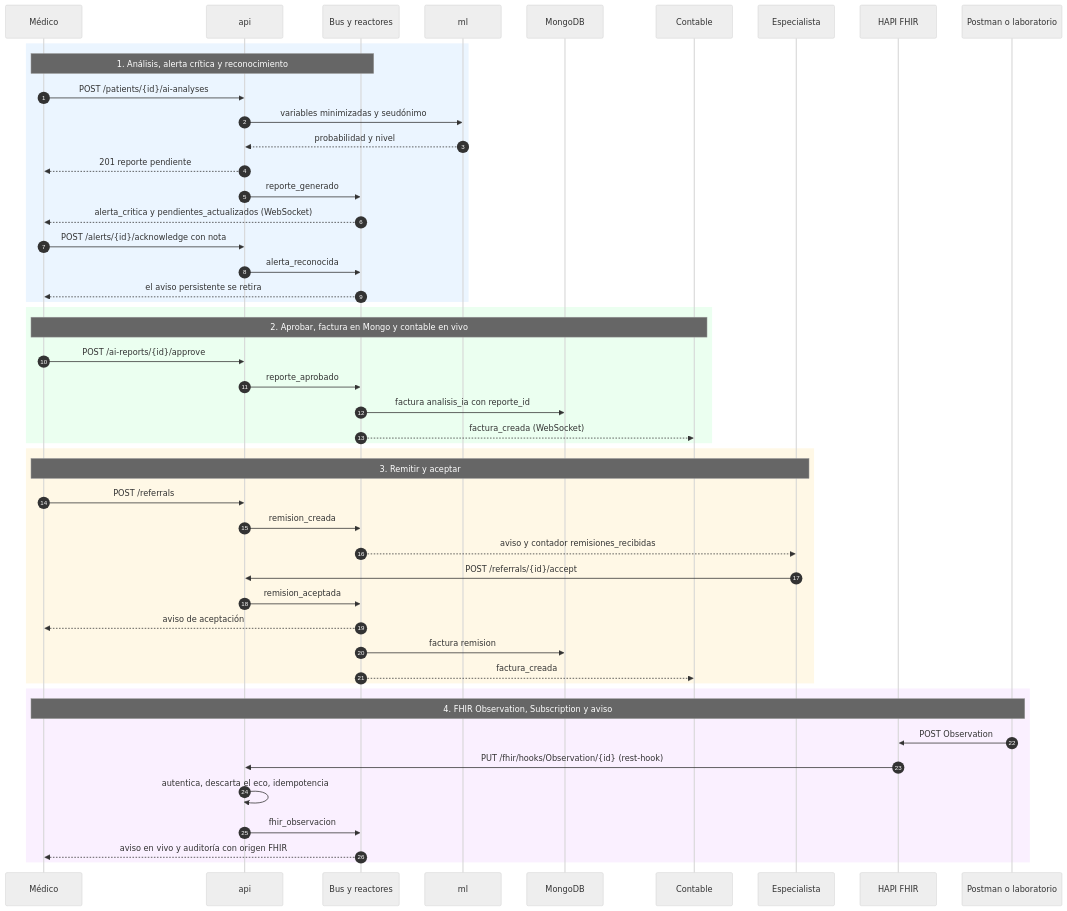
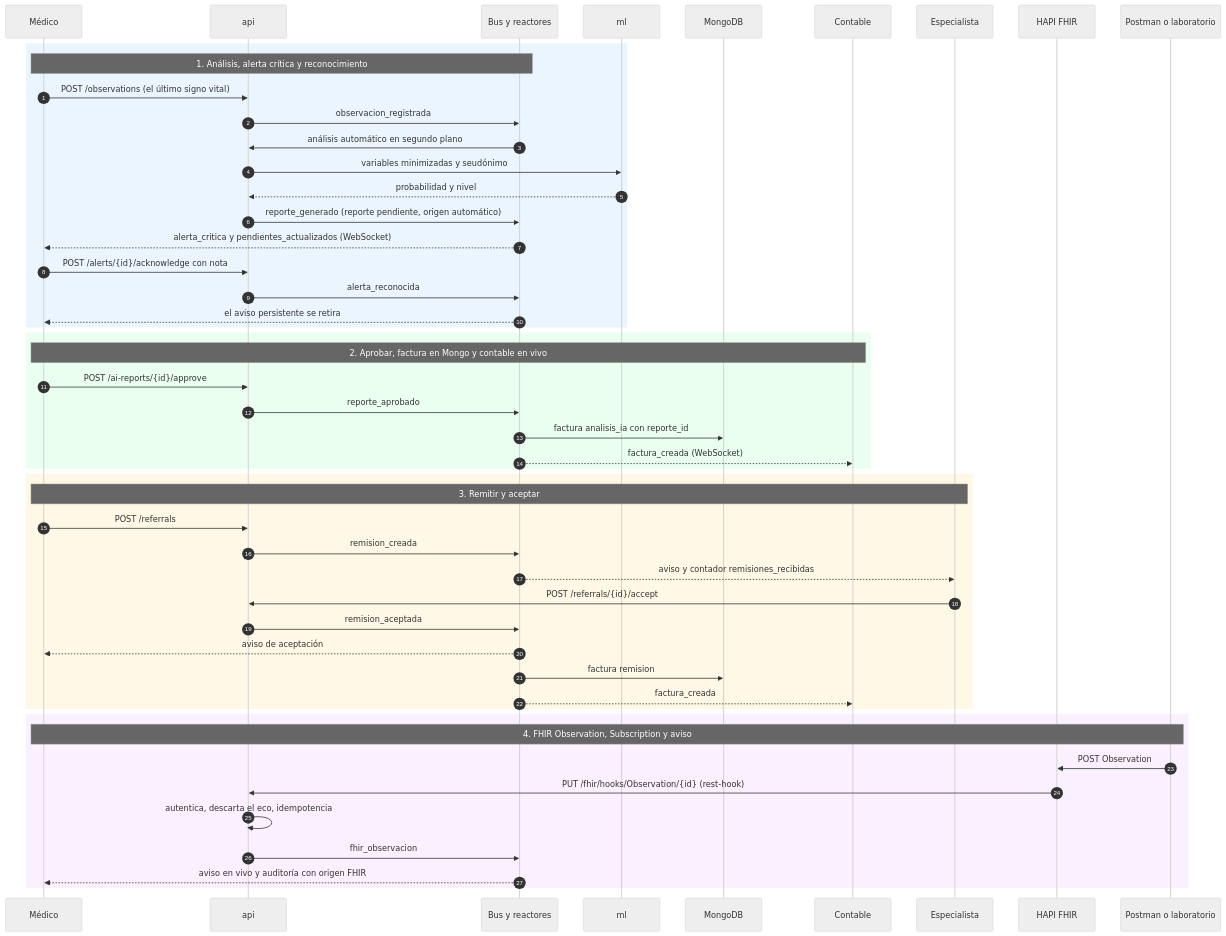
Before and after one commit to SEBASBELMOS/saludred: the second of 2 diagrams in README.md, drawn with Mermaid (neutral theme). The commit also changed other lines of this file and 3 other files, not shown here.

Commit message:
docs: análisis automático, comparación de modelos y compose sin perfiles

````diff
--- a/README.md
+++ b/README.md
@@ -129,55 +129,56 @@
 ```mermaid
 sequenceDiagram
     autonumber
     participant M as Médico
     participant API as api
     participant BUS as Bus y reactores
     participant ML as ml
     participant MG as MongoDB
     participant C as Contable
     participant E as Especialista
     participant H as HAPI FHIR
     participant EXT as Postman o laboratorio
 
     rect rgb(235, 245, 255)
     Note over M,BUS: 1. Análisis, alerta crítica y reconocimiento
-    M->>API: POST /patients/{id}/ai-analyses
+    M->>API: POST /observations (el último signo vital)
+    API->>BUS: observacion_registrada
+    BUS->>API: análisis automático en segundo plano
     API->>ML: variables minimizadas y seudónimo
     ML-->>API: probabilidad y nivel
-    API-->>M: 201 reporte pendiente
-    API->>BUS: reporte_generado
+    API->>BUS: reporte_generado (reporte pendiente, origen automático)
     BUS-->>M: alerta_critica y pendientes_actualizados (WebSocket)
     M->>API: POST /alerts/{id}/acknowledge con nota
     API->>BUS: alerta_reconocida
     BUS-->>M: el aviso persistente se retira
     end
 
     rect rgb(235, 255, 240)
     Note over M,C: 2. Aprobar, factura en Mongo y contable en vivo
     M->>API: POST /ai-reports/{id}/approve
     API->>BUS: reporte_aprobado
     BUS->>MG: factura analisis_ia con reporte_id
     BUS-->>C: factura_creada (WebSocket)
     end
 
     rect rgb(255, 248, 230)
     Note over M,E: 3. Remitir y aceptar
     M->>API: POST /referrals
     API->>BUS: remision_creada
     BUS-->>E: aviso y contador remisiones_recibidas
     E->>API: POST /referrals/{id}/accept
     API->>BUS: remision_aceptada
     BUS-->>M: aviso de aceptación
     BUS->>MG: factura remision
     BUS-->>C: factura_creada
     end
 
     rect rgb(250, 240, 255)
     Note over EXT,M: 4. FHIR Observation, Subscription y aviso
     EXT->>H: POST Observation
     H->>API: PUT /fhir/hooks/Observation/{id} (rest-hook)
     API->>API: autentica, descarta el eco, idempotencia
     API->>BUS: fhir_observacion
     BUS-->>M: aviso en vivo y auditoría con origen FHIR
     end
 ```
````
